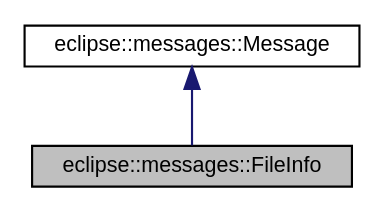
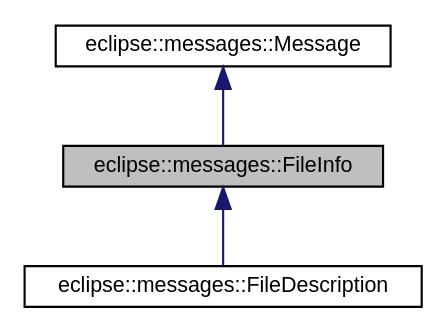
The diagram in structeclipse_1_1messages_1_1FileInfo__inherit__graph.dot (DICL/VeloxDFS), drawn with Graphviz before and after one commit. The commit also changed 276 other files, not shown here.

```diff
--- a/structeclipse_1_1messages_1_1FileInfo__inherit__graph.dot
+++ b/structeclipse_1_1messages_1_1FileInfo__inherit__graph.dot
@@ -1,8 +1,10 @@
 digraph G
 {
   edge [fontname="Helvetica",fontsize="10",labelfontname="Helvetica",labelfontsize="10"];
   node [fontname="Helvetica",fontsize="10",shape=record];
   Node1 [label="eclipse::messages::FileInfo",height=0.2,width=0.4,color="black", fillcolor="grey75", style="filled" fontcolor="black"];
   Node2 -> Node1 [dir="back",color="midnightblue",fontsize="10",style="solid",fontname="Helvetica"];
   Node2 [label="eclipse::messages::Message",height=0.2,width=0.4,color="black", fillcolor="white", style="filled",URL="$structeclipse_1_1messages_1_1Message.html"];
+  Node1 -> Node3 [dir="back",color="midnightblue",fontsize="10",style="solid",fontname="Helvetica"];
+  Node3 [label="eclipse::messages::FileDescription",height=0.2,width=0.4,color="black", fillcolor="white", style="filled",URL="$structeclipse_1_1messages_1_1FileDescription.html"];
 }
```
